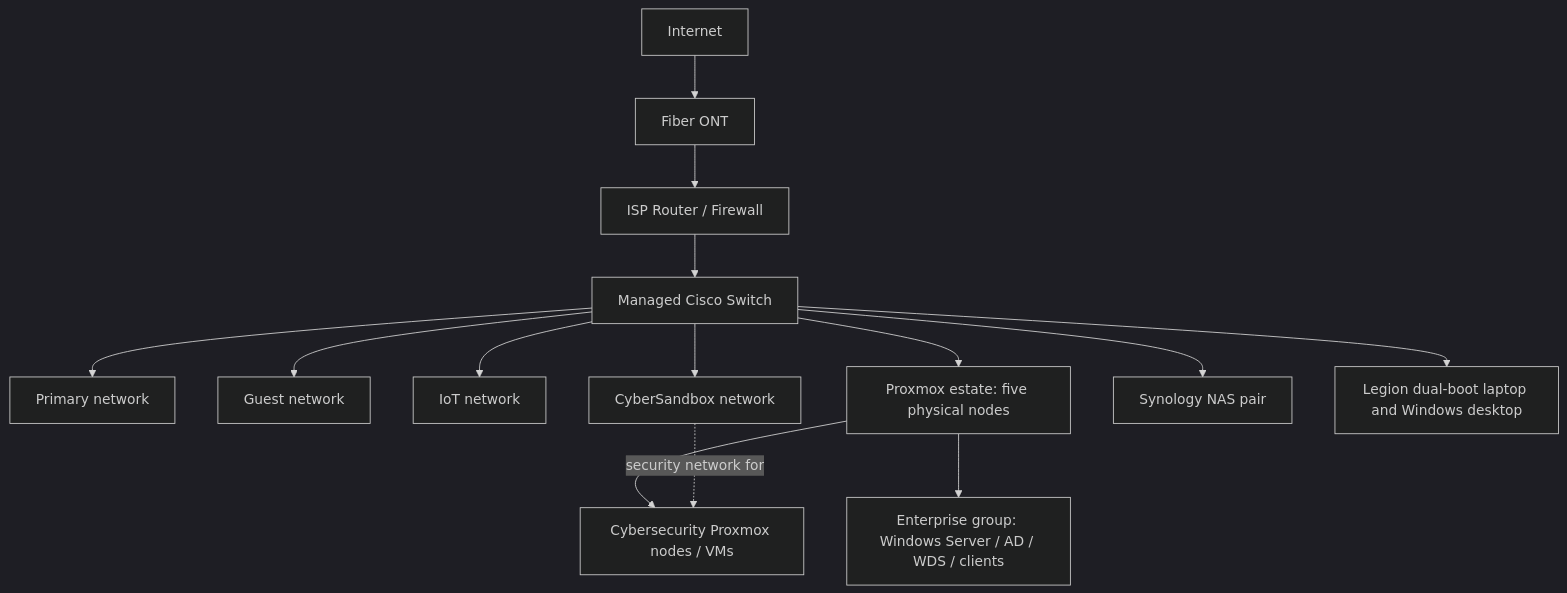
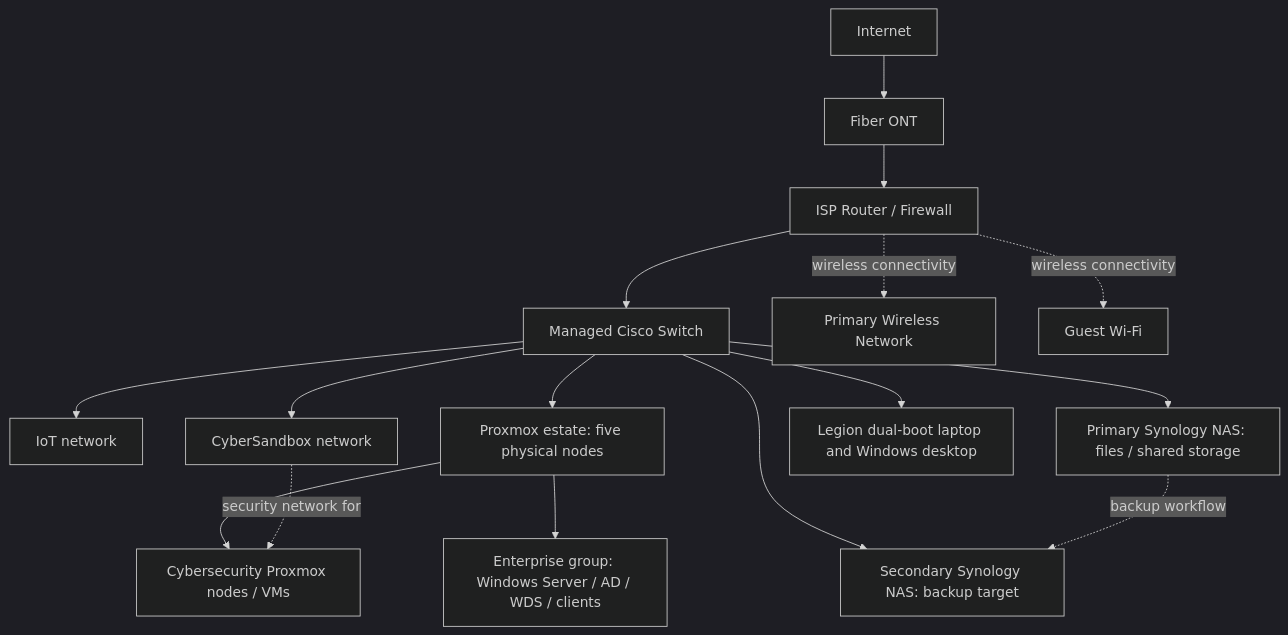
The diagram in README.md (alecsarb25/homelab-infrastructure), drawn with Mermaid (dark theme) before and after one commit. The commit also changed other lines of this file, not shown here.

Commit message:
docs: clarify wireless networks and separate Synology NAS roles

````diff
--- a/README.md
+++ b/README.md
@@ -30,16 +30,18 @@
 ```mermaid
 flowchart TB
     WAN[Internet] --> ONT[Fiber ONT]
     ONT --> EDGE[ISP Router / Firewall]
     EDGE --> SW[Managed Cisco Switch]
-    SW --> PR[Primary network]
-    SW --> GL[Guest network]
+    EDGE -. wireless connectivity .-> PR[Primary Wireless Network]
+    EDGE -. wireless connectivity .-> GL[Guest Wi-Fi]
     SW --> IOT[IoT network]
     SW --> CY[CyberSandbox network]
     SW --> PX[Proxmox estate: five physical nodes]
-    SW --> NAS[Synology NAS pair]
+    SW --> NAS1[Primary Synology NAS: files / shared storage]
+    SW --> NAS2[Secondary Synology NAS: backup target]
+    NAS1 -. backup workflow .-> NAS2
     SW --> CLIENTS[Legion dual-boot laptop and Windows desktop]
     PX --> ENTERPRISE[Enterprise group: Windows Server / AD / WDS / clients]
     PX --> LAB[Cybersecurity Proxmox nodes / VMs]
     CY -. security network for .-> LAB
 ```
````
